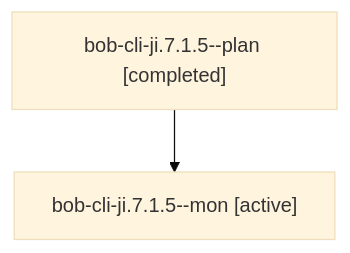
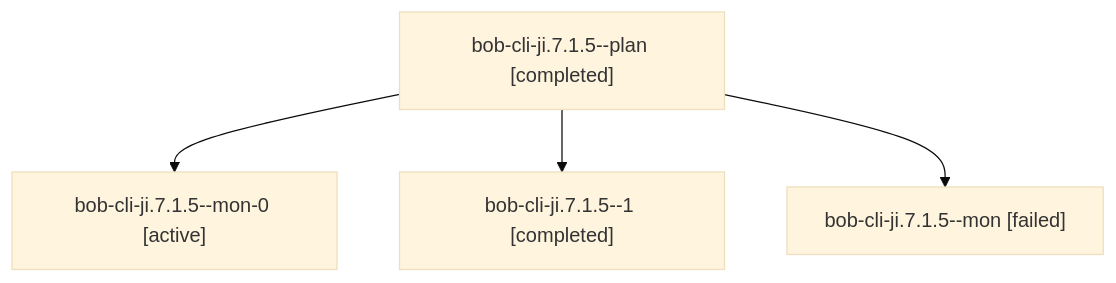
The diagram in sessions/bbugyi200.apollo.bob-cli-ji.7.1.5.md (bobs-org/bob-cli--agents), drawn with Mermaid (base theme) before and after one commit. The commit also changed other lines of this file and 61 other files, not shown here.

````diff
--- a/sessions/bbugyi200.apollo.bob-cli-ji.7.1.5.md
+++ b/sessions/bbugyi200.apollo.bob-cli-ji.7.1.5.md
@@ -9,6 +9,10 @@
 ```mermaid
 flowchart TD
   n0["bob-cli-ji.7.1.5--plan [completed]"]
-  n1["bob-cli-ji.7.1.5--mon [active]"]
+  n1["bob-cli-ji.7.1.5--mon-0 [active]"]
   n0 --> n1
+  n2["bob-cli-ji.7.1.5--1 [completed]"]
+  n0 --> n2
+  n3["bob-cli-ji.7.1.5--mon [failed]"]
+  n0 --> n3
 ```
````
